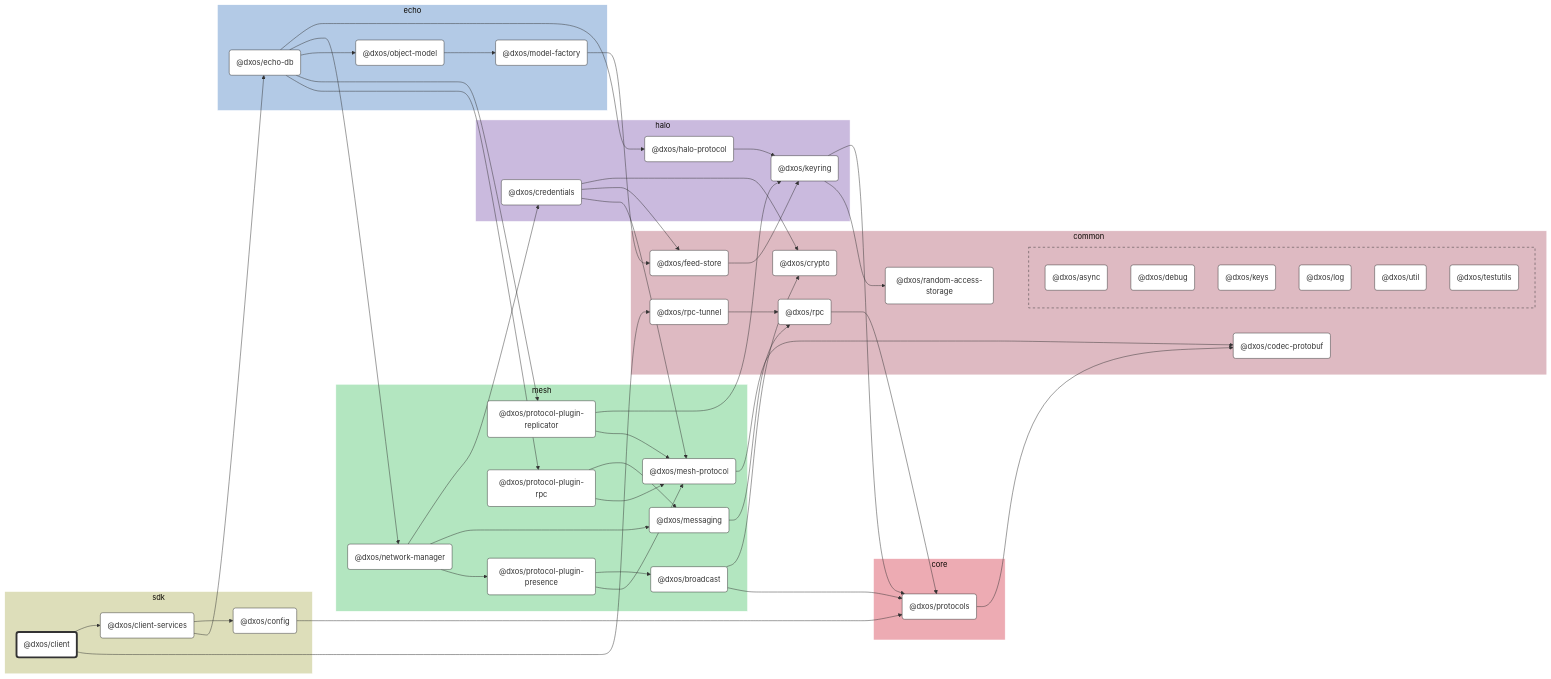
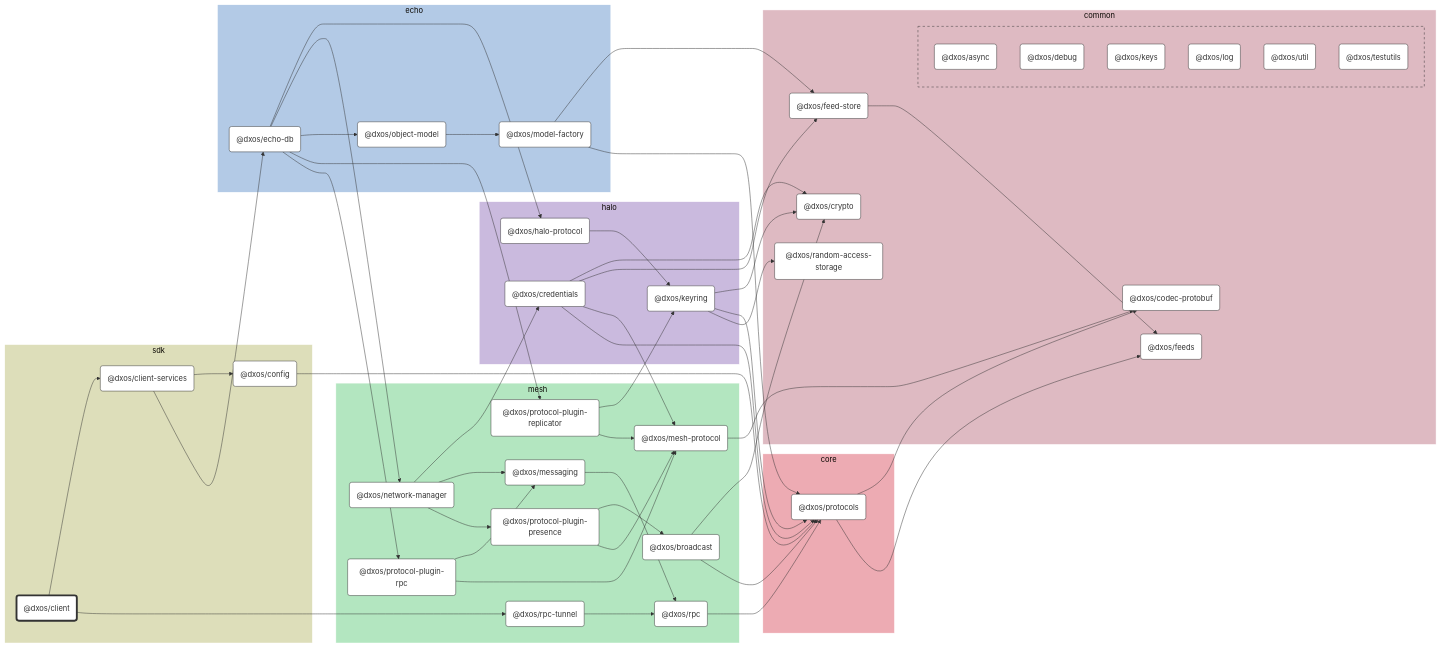
Before and after one commit to dxos/dxos: the diagram in packages/sdk/client/docs/README.md, drawn with Mermaid (base theme). The commit also changed other lines of this file and 64 other files, not shown here.

```diff
--- a/packages/sdk/client/docs/README.md
+++ b/packages/sdk/client/docs/README.md
@@ -33,12 +33,10 @@
   click dxos/crypto "dxos/dxos/tree/main/packages/common/crypto/docs"
   dxos/feed-store("@dxos/feed-store"):::def
   click dxos/feed-store "dxos/dxos/tree/main/packages/common/feed-store/docs"
+  dxos/feeds("@dxos/feeds"):::def
+  click dxos/feeds "dxos/dxos/tree/main/packages/common/feeds/docs"
   dxos/random-access-storage("@dxos/random-access-storage"):::def
   click dxos/random-access-storage "dxos/dxos/tree/main/packages/common/random-access-storage/docs"
-  dxos/rpc("@dxos/rpc"):::def
-  click dxos/rpc "dxos/dxos/tree/main/packages/core/mesh/rpc/docs"
-  dxos/rpc-tunnel("@dxos/rpc-tunnel"):::def
-  click dxos/rpc-tunnel "dxos/dxos/tree/main/packages/core/mesh/rpc-tunnel/docs"
 
   subgraph common-excluded [ ]
     style common-excluded fill:#debac2,stroke:#333,stroke-dasharray:5 5
@@ -61,16 +59,10 @@
   style halo fill:#cabade,stroke:#fff
   dxos/credentials("@dxos/credentials"):::def
   click dxos/credentials "dxos/dxos/tree/main/packages/core/halo/credentials/docs"
+  dxos/halo-protocol("@dxos/halo-protocol"):::def
+  click dxos/halo-protocol "dxos/dxos/tree/main/packages/core/halo/halo-protocol/docs"
   dxos/keyring("@dxos/keyring"):::def
   click dxos/keyring "dxos/dxos/tree/main/packages/core/halo/keyring/docs"
-  dxos/halo-protocol("@dxos/halo-protocol"):::def
-  click dxos/halo-protocol "dxos/dxos/tree/main/packages/core/halo/halo-protocol/docs"
-end
-
-subgraph core [core]
-  style core fill:#edabb3,stroke:#fff
-  dxos/protocols("@dxos/protocols"):::def
-  click dxos/protocols "dxos/dxos/tree/main/packages/core/protocols/docs"
 end
 
 subgraph mesh [mesh]
@@ -79,6 +71,8 @@
   click dxos/mesh-protocol "dxos/dxos/tree/main/packages/core/mesh/mesh-protocol/docs"
   dxos/messaging("@dxos/messaging"):::def
   click dxos/messaging "dxos/dxos/tree/main/packages/core/mesh/messaging/docs"
+  dxos/rpc("@dxos/rpc"):::def
+  click dxos/rpc "dxos/dxos/tree/main/packages/core/mesh/rpc/docs"
   dxos/network-manager("@dxos/network-manager"):::def
   click dxos/network-manager "dxos/dxos/tree/main/packages/core/mesh/network-manager/docs"
   dxos/protocol-plugin-presence("@dxos/protocol-plugin-presence"):::def
@@ -89,6 +83,14 @@
   click dxos/protocol-plugin-replicator "dxos/dxos/tree/main/packages/core/mesh/protocol-plugin-replicator/docs"
   dxos/protocol-plugin-rpc("@dxos/protocol-plugin-rpc"):::def
   click dxos/protocol-plugin-rpc "dxos/dxos/tree/main/packages/core/mesh/protocol-plugin-rpc/docs"
+  dxos/rpc-tunnel("@dxos/rpc-tunnel"):::def
+  click dxos/rpc-tunnel "dxos/dxos/tree/main/packages/core/mesh/rpc-tunnel/docs"
+end
+
+subgraph core [core]
+  style core fill:#edabb3,stroke:#fff
+  dxos/protocols("@dxos/protocols"):::def
+  click dxos/protocols "dxos/dxos/tree/main/packages/core/protocols/docs"
 end
 
 subgraph echo [echo]
@@ -106,20 +108,24 @@
 dxos/client --> dxos/client-services
 dxos/credentials --> dxos/crypto
 dxos/credentials --> dxos/feed-store
-dxos/feed-store --> dxos/keyring
-dxos/keyring --> dxos/protocols
-dxos/protocols --> dxos/codec-protobuf
-dxos/keyring --> dxos/random-access-storage
+dxos/feed-store --> dxos/feeds
 dxos/credentials --> dxos/mesh-protocol
 dxos/mesh-protocol --> dxos/codec-protobuf
+dxos/credentials --> dxos/protocols
+dxos/protocols --> dxos/codec-protobuf
+dxos/protocols --> dxos/feeds
 dxos/client-services --> dxos/config
 dxos/config --> dxos/protocols
 dxos/client-services --> dxos/echo-db
 dxos/echo-db --> dxos/halo-protocol
 dxos/halo-protocol --> dxos/keyring
+dxos/keyring --> dxos/crypto
+dxos/keyring --> dxos/protocols
+dxos/keyring --> dxos/random-access-storage
 dxos/messaging --> dxos/rpc
 dxos/rpc --> dxos/protocols
 dxos/model-factory --> dxos/feed-store
+dxos/model-factory --> dxos/protocols
 dxos/echo-db --> dxos/network-manager
 dxos/network-manager --> dxos/credentials
 dxos/network-manager --> dxos/messaging
```
